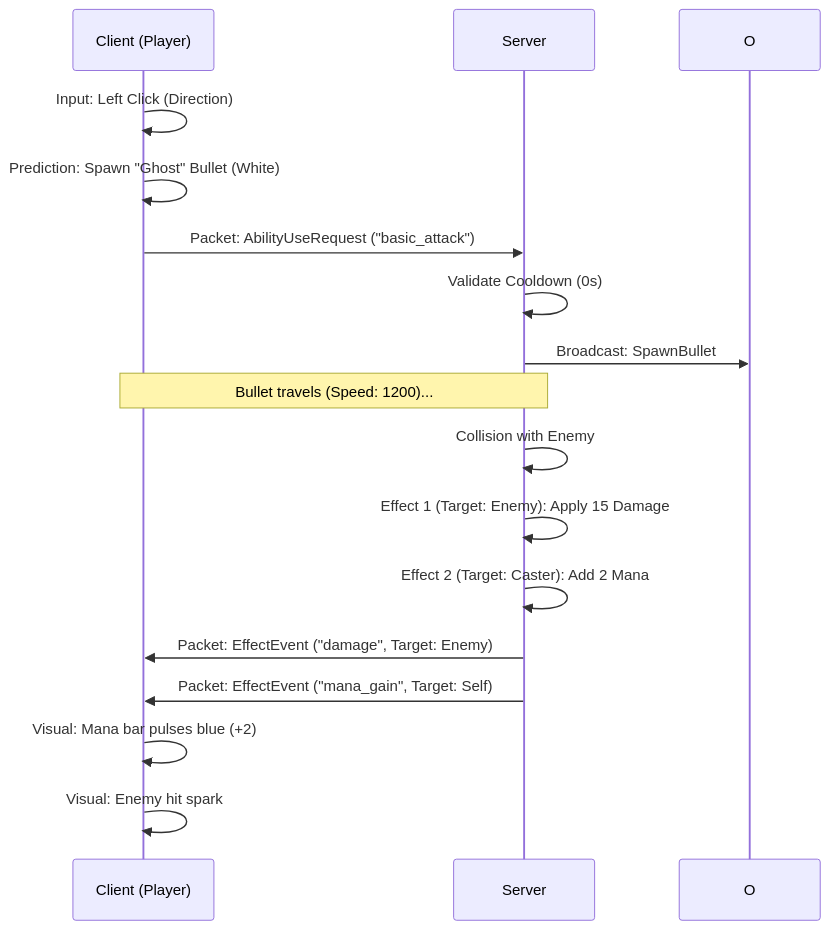
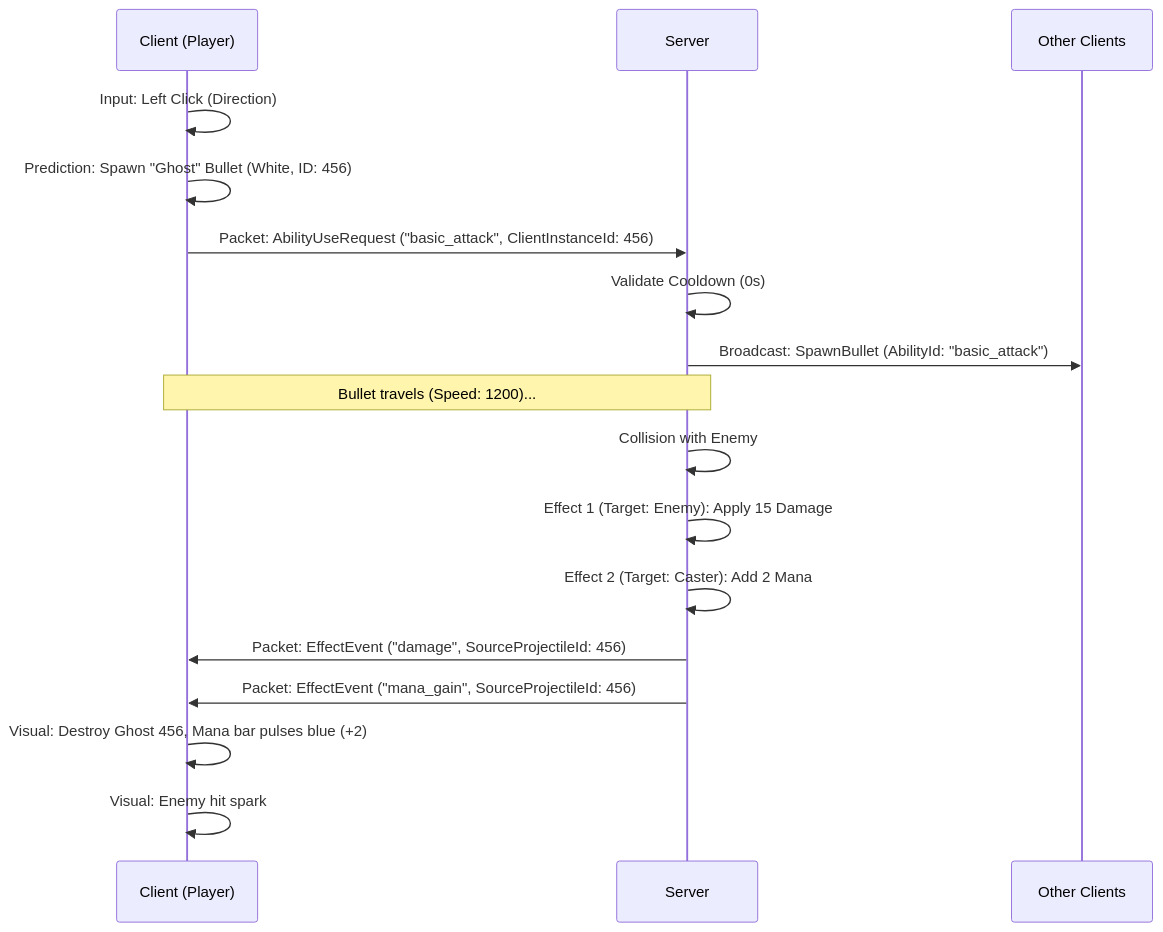
The second of 2 diagrams in Docs/ABILITY_SPEC.md (seand88/lastlight), drawn with Mermaid before and after one commit. The commit also changed other lines of this file and 3 other files, not shown here.

Commit message:
Fixed damage registration logic, synchronized projectile visuals across clients via AbilityId, and implemented authoritative death/status loops.

````diff
--- a/Docs/ABILITY_SPEC.md
+++ b/Docs/ABILITY_SPEC.md
@@ -324,24 +336,25 @@
 ```mermaid
 sequenceDiagram
     participant C as Client (Player)
     participant S as Server
+    participant O as Other Clients
 
     C->>C: Input: Left Click (Direction)
-    C->>C: Prediction: Spawn "Ghost" Bullet (White)
-    C->>S: Packet: AbilityUseRequest ("basic_attack")
+    C->>C: Prediction: Spawn "Ghost" Bullet (White, ID: 456)
+    C->>S: Packet: AbilityUseRequest ("basic_attack", ClientInstanceId: 456)
     
     S->>S: Validate Cooldown (0s)
-    S->>O: Broadcast: SpawnBullet
+    S->>O: Broadcast: SpawnBullet (AbilityId: "basic_attack")
     
     Note over C,S: Bullet travels (Speed: 1200)...
     
     S->>S: Collision with Enemy
     S->>S: Effect 1 (Target: Enemy): Apply 15 Damage
     S->>S: Effect 2 (Target: Caster): Add 2 Mana
     
-    S->>C: Packet: EffectEvent ("damage", Target: Enemy)
-    S->>C: Packet: EffectEvent ("mana_gain", Target: Self)
+    S->>C: Packet: EffectEvent ("damage", SourceProjectileId: 456)
+    S->>C: Packet: EffectEvent ("mana_gain", SourceProjectileId: 456)
     
-    C->>C: Visual: Mana bar pulses blue (+2)
+    C->>C: Visual: Destroy Ghost 456, Mana bar pulses blue (+2)
     C->>C: Visual: Enemy hit spark
 ```
````
